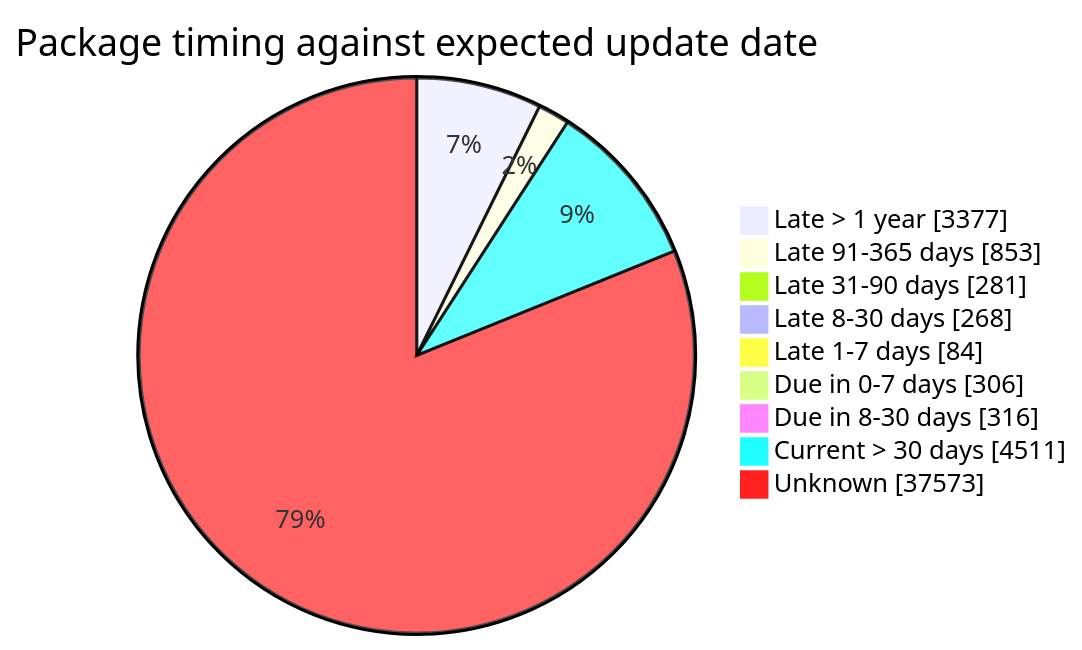
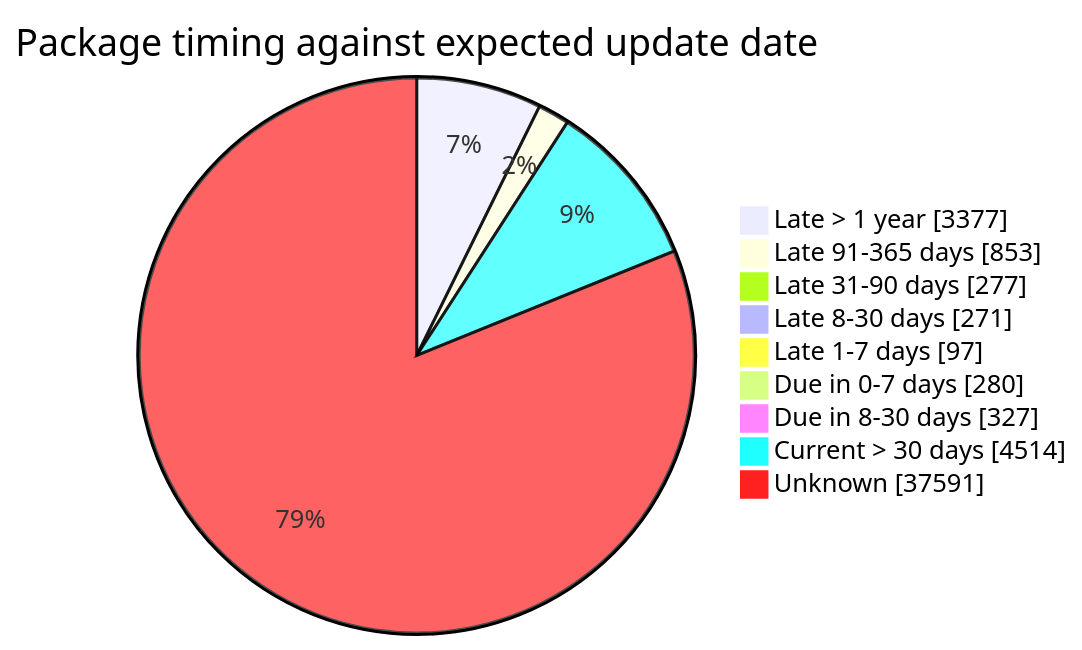
The fourth of 5 diagrams in FreshCheck/README.md (open-data/analytics-corporate-reporting), drawn with Mermaid before and after one commit. The commit also changed other lines of this file and 3 other files, not shown here.

````diff
--- a/FreshCheck/README.md
+++ b/FreshCheck/README.md
@@ -87,12 +87,12 @@
 ```mermaid
 pie showData title Package timing against expected update date
     "Late > 1 year": 3377
     "Late 91-365 days": 853
-    "Late 31-90 days": 281
-    "Late 8-30 days": 268
-    "Late 1-7 days": 84
-    "Due in 0-7 days": 306
-    "Due in 8-30 days": 316
-    "Current > 30 days": 4511
-    "Unknown": 37573
+    "Late 31-90 days": 277
+    "Late 8-30 days": 271
+    "Late 1-7 days": 97
+    "Due in 0-7 days": 280
+    "Due in 8-30 days": 327
+    "Current > 30 days": 4514
+    "Unknown": 37591
 ```
````
